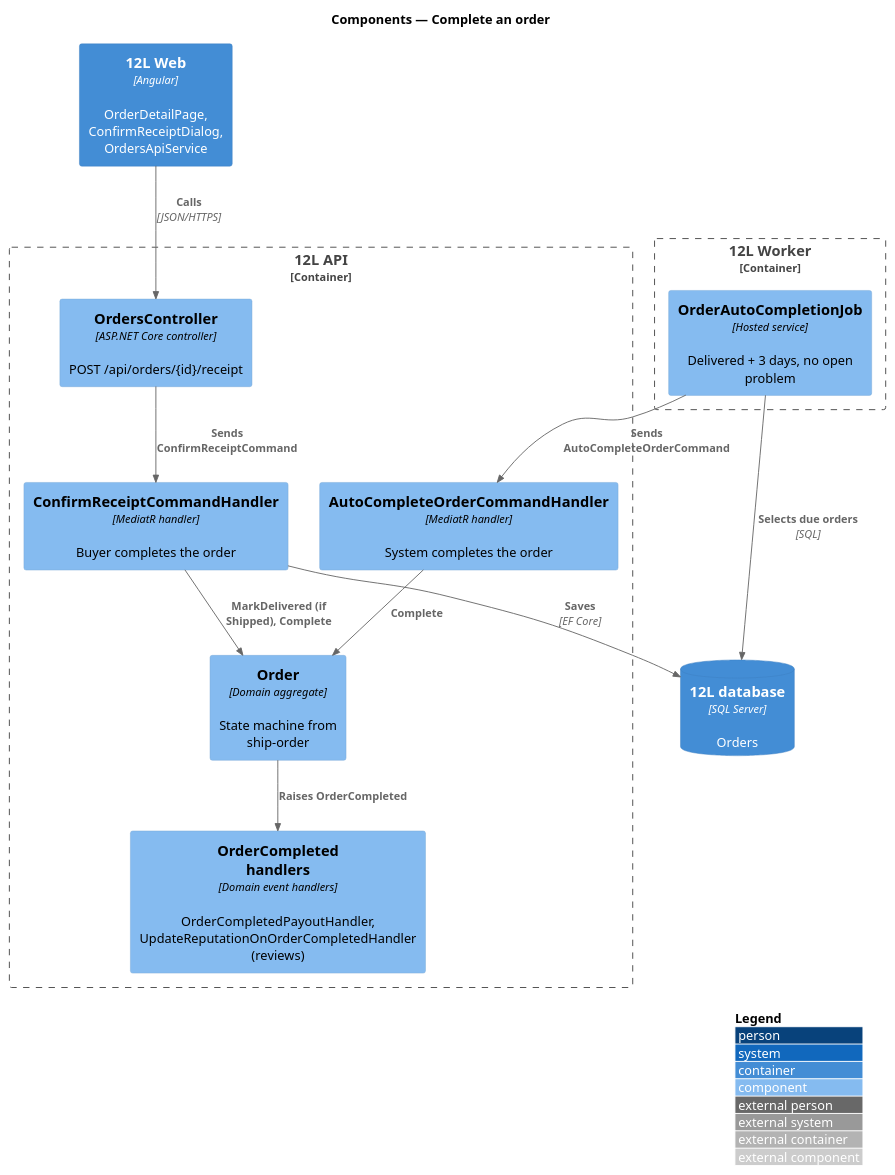
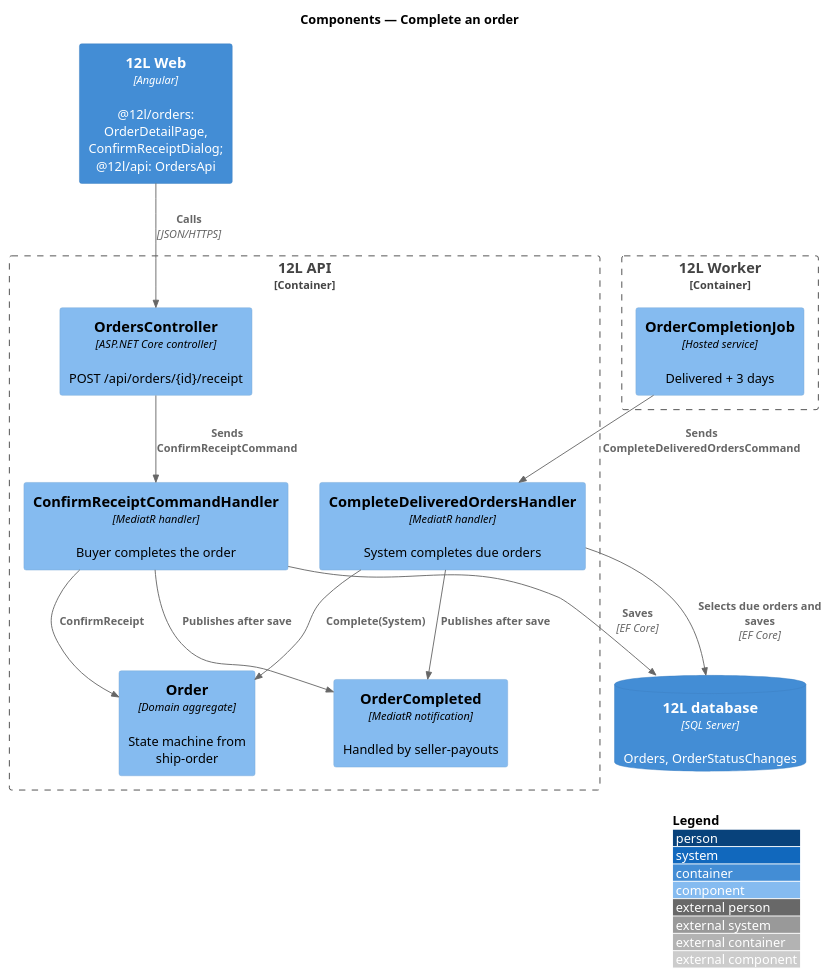
Before and after one commit to QuinntyneBrown/12l: the diagram in docs/detailed-designs/orders/complete-order/diagrams/c4-component.puml, drawn with PlantUML. The commit also changed 21 other files, not shown here.

Commit message:
Document complete-order: design, ADR, L2-034, mocks, composition, estimates

```diff
--- a/docs/detailed-designs/orders/complete-order/diagrams/c4-component.puml
+++ b/docs/detailed-designs/orders/complete-order/diagrams/c4-component.puml
@@ -1,26 +1,27 @@
 @startuml
 !include <C4/C4_Component>
 LAYOUT_WITH_LEGEND()
 title Components — Complete an order
 
-Container(web, "12L Web", "Angular", "OrderDetailPage, ConfirmReceiptDialog, OrdersApiService")
+Container(web, "12L Web", "Angular", "@12l/orders: OrderDetailPage, ConfirmReceiptDialog; @12l/api: OrdersApi")
 Container_Boundary(api, "12L API") {
   Component(ctrl, "OrdersController", "ASP.NET Core controller", "POST /api/orders/{id}/receipt")
   Component(h, "ConfirmReceiptCommandHandler", "MediatR handler", "Buyer completes the order")
-  Component(ch, "AutoCompleteOrderCommandHandler", "MediatR handler", "System completes the order")
+  Component(ch, "CompleteDeliveredOrdersHandler", "MediatR handler", "System completes due orders")
   Component(order, "Order", "Domain aggregate", "State machine from ship-order")
-  Component(evt, "OrderCompleted handlers", "Domain event handlers", "OrderCompletedPayoutHandler, UpdateReputationOnOrderCompletedHandler (reviews)")
+  Component(evt, "OrderCompleted", "MediatR notification", "Handled by seller-payouts")
 }
 Container_Boundary(worker, "12L Worker") {
-  Component(job, "OrderAutoCompletionJob", "Hosted service", "Delivered + 3 days, no open problem")
+  Component(job, "OrderCompletionJob", "Hosted service", "Delivered + 3 days")
 }
-ContainerDb(db, "12L database", "SQL Server", "Orders")
+ContainerDb(db, "12L database", "SQL Server", "Orders, OrderStatusChanges")
 Rel(web, ctrl, "Calls", "JSON/HTTPS")
 Rel(ctrl, h, "Sends ConfirmReceiptCommand")
-Rel(job, ch, "Sends AutoCompleteOrderCommand")
-Rel(h, order, "MarkDelivered (if Shipped), Complete")
-Rel(ch, order, "Complete")
-Rel(order, evt, "Raises OrderCompleted")
+Rel(job, ch, "Sends CompleteDeliveredOrdersCommand")
+Rel(h, order, "ConfirmReceipt")
+Rel(ch, order, "Complete(System)")
+Rel(h, evt, "Publishes after save")
+Rel(ch, evt, "Publishes after save")
 Rel(h, db, "Saves", "EF Core")
-Rel(job, db, "Selects due orders", "SQL")
+Rel(ch, db, "Selects due orders and saves", "EF Core")
 @enduml
```
